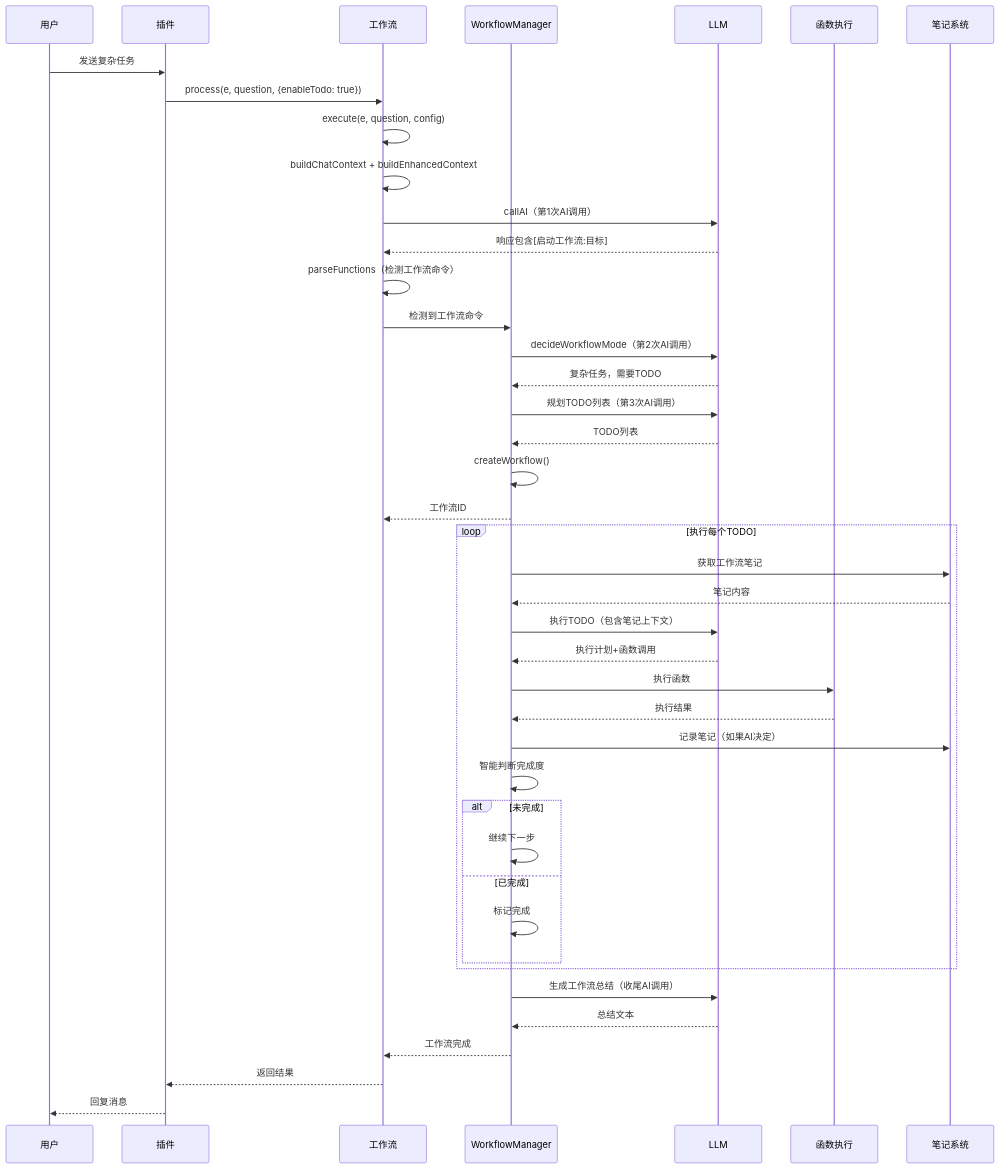
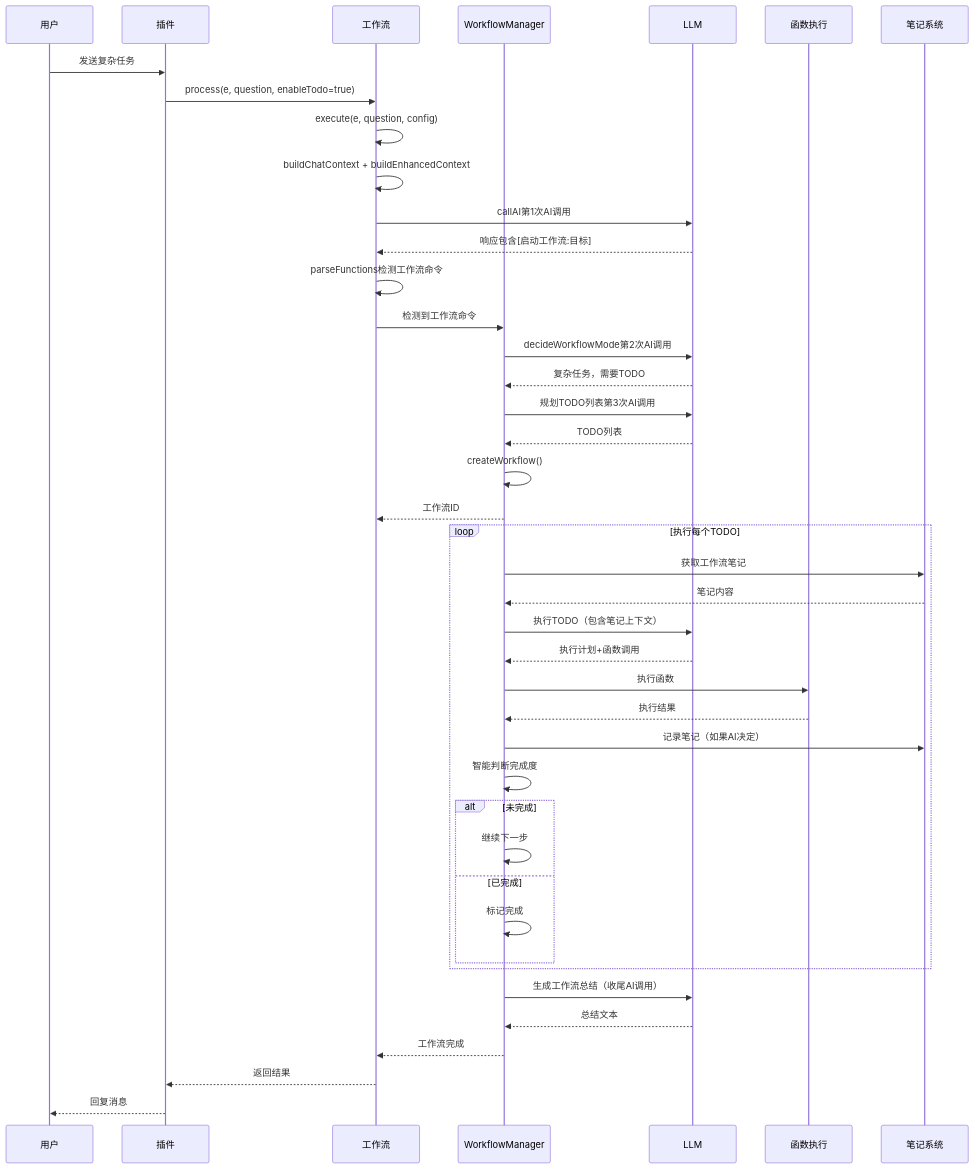
The fourth of 15 diagrams in docs/工作流系统完整文档.md (sunflowermm/XRK-AGT), drawn with Mermaid before and after one commit. The commit also changed 3 other files, not shown here.

````diff
--- a/docs/工作流系统完整文档.md
+++ b/docs/工作流系统完整文档.md
@@ -182,47 +182,47 @@
 ```mermaid
 sequenceDiagram
     participant User as 用户
     participant Plugin as 插件
     participant Stream as 工作流
     participant Manager as WorkflowManager
     participant LLM as LLM
     participant Func as 函数执行
     participant Notes as 笔记系统
 
     User->>Plugin: 发送复杂任务
-    Plugin->>Stream: process(e, question, {enableTodo: true})
+    Plugin->>Stream: process(e, question, enableTodo=true)
     Stream->>Stream: execute(e, question, config)
     Stream->>Stream: buildChatContext + buildEnhancedContext
-    Stream->>LLM: callAI（第1次AI调用）
+    Stream->>LLM: callAI第1次AI调用
     LLM-->>Stream: 响应包含[启动工作流:目标]
-    Stream->>Stream: parseFunctions（检测工作流命令）
+    Stream->>Stream: parseFunctions检测工作流命令
     Stream->>Manager: 检测到工作流命令
-    Manager->>LLM: decideWorkflowMode（第2次AI调用）
+    Manager->>LLM: decideWorkflowMode第2次AI调用
     LLM-->>Manager: 复杂任务，需要TODO
-    Manager->>LLM: 规划TODO列表（第3次AI调用）
+    Manager->>LLM: 规划TODO列表第3次AI调用
     LLM-->>Manager: TODO列表
     Manager->>Manager: createWorkflow()
     Manager-->>Stream: 工作流ID
     
     loop 执行每个TODO
         Manager->>Notes: 获取工作流笔记
         Notes-->>Manager: 笔记内容
         Manager->>LLM: 执行TODO（包含笔记上下文）
         LLM-->>Manager: 执行计划+函数调用
         Manager->>Func: 执行函数
         Func-->>Manager: 执行结果
         Manager->>Notes: 记录笔记（如果AI决定）
         Manager->>Manager: 智能判断完成度
         alt 未完成
             Manager->>Manager: 继续下一步
         else 已完成
             Manager->>Manager: 标记完成
         end
     end
     
     Manager->>LLM: 生成工作流总结（收尾AI调用）
     LLM-->>Manager: 总结文本
     Manager-->>Stream: 工作流完成
     Stream-->>Plugin: 返回结果
     Plugin-->>User: 回复消息
 ```
````
